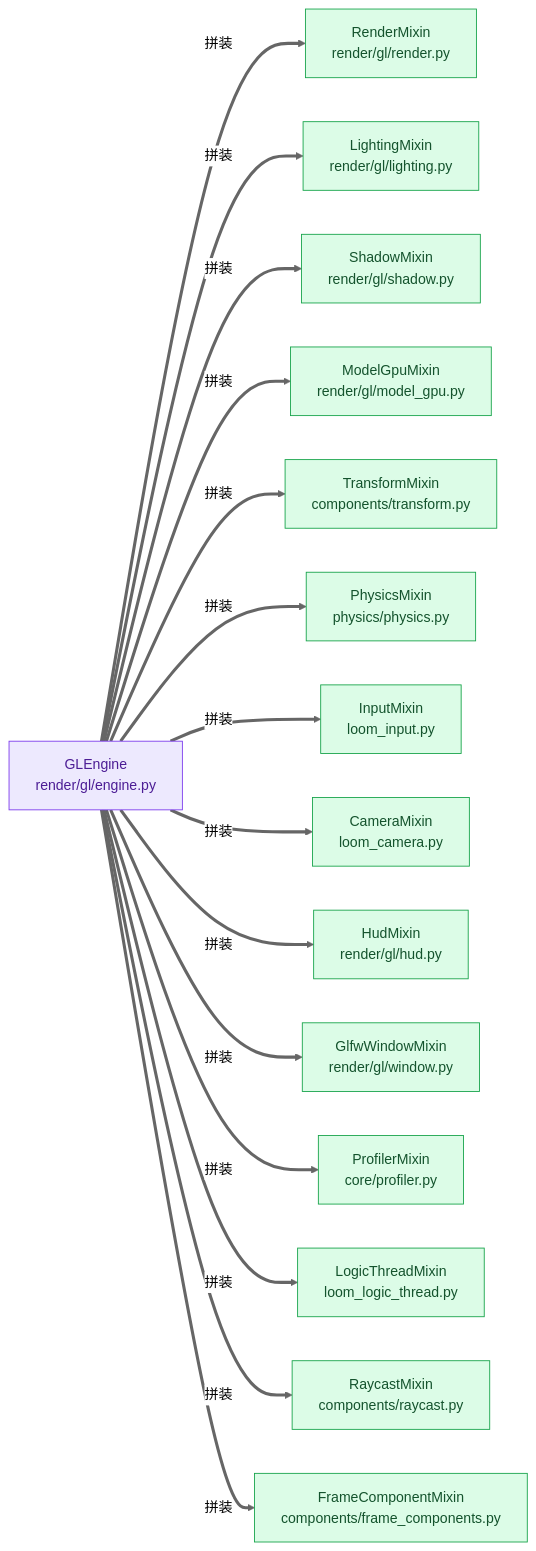
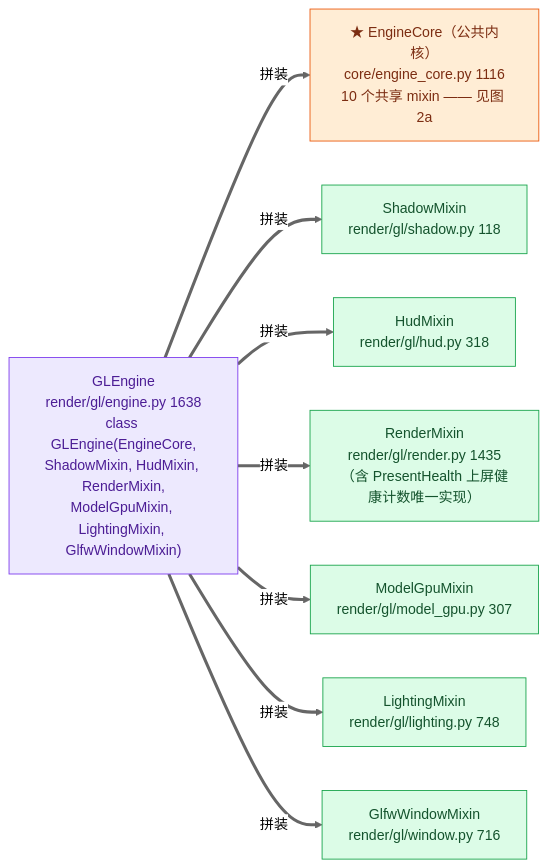
One commit to lhy302/WeaveEngine changed the second of 23 diagrams in ARCHITECTURE.md. Above: the diagram before and after it, drawn with Mermaid (neutral theme). The commit also changed other lines of this file, not shown here.

First line of the commit message:
docs: 架构图 v4 —— 按 HEAD d156cee 真实状态统一重画 23 张 Mermaid 图

````diff
--- a/ARCHITECTURE.md
+++ b/ARCHITECTURE.md
@@ -163,20 +155,21 @@
 ```mermaid
 flowchart LR
-  G["GLEngine<br/>render/gl/engine.py"]:::facade
-  G ==>|拼装| M1["RenderMixin<br/>render/gl/render.py"]:::impl
-  G ==>|拼装| M2["LightingMixin<br/>render/gl/lighting.py"]:::impl
-  G ==>|拼装| M3["ShadowMixin<br/>render/gl/shadow.py"]:::impl
-  G ==>|拼装| M4["ModelGpuMixin<br/>render/gl/model_gpu.py"]:::impl
-  G ==>|拼装| M5["TransformMixin<br/>components/transform.py"]:::impl
-  G ==>|拼装| M6["PhysicsMixin<br/>physics/physics.py"]:::impl
-  G ==>|拼装| M7["InputMixin<br/>loom_input.py"]:::impl
-  G ==>|拼装| M8["CameraMixin<br/>loom_camera.py"]:::impl
-  G ==>|拼装| M9["HudMixin<br/>render/gl/hud.py"]:::impl
-  G ==>|拼装| M10["GlfwWindowMixin<br/>render/gl/window.py"]:::impl
-  G ==>|拼装| M11["ProfilerMixin<br/>core/profiler.py"]:::impl
-  G ==>|拼装| M12["LogicThreadMixin<br/>loom_logic_thread.py"]:::impl
-  G ==>|拼装| M13["RaycastMixin<br/>components/raycast.py"]:::impl
-  G ==>|拼装| M14["FrameComponentMixin<br/>components/frame_components.py"]:::impl
+  G["GLEngine<br/>render/gl/engine.py 1638<br/>class GLEngine(EngineCore,<br/>ShadowMixin, HudMixin, RenderMixin,<br/>ModelGpuMixin, LightingMixin, GlfwWindowMixin)"]:::facade
+  K["★ EngineCore（公共内核）<br/>core/engine_core.py 1116<br/>10 个共享 mixin —— 见图 2a"]:::contract
+  M1["ShadowMixin<br/>render/gl/shadow.py 118"]:::impl
+  M2["HudMixin<br/>render/gl/hud.py 318"]:::impl
+  M3["RenderMixin<br/>render/gl/render.py 1435<br/>（含 PresentHealth 上屏健康计数唯一实现）"]:::impl
+  M4["ModelGpuMixin<br/>render/gl/model_gpu.py 307"]:::impl
+  M5["LightingMixin<br/>render/gl/lighting.py 748"]:::impl
+  M6["GlfwWindowMixin<br/>render/gl/window.py 716"]:::impl
+  G ==>|拼装| K
+  G ==>|拼装| M1
+  G ==>|拼装| M2
+  G ==>|拼装| M3
+  G ==>|拼装| M4
+  G ==>|拼装| M5
+  G ==>|拼装| M6
   classDef facade fill:#ede9fe,stroke:#7c3aed,color:#4c1d95
   classDef impl fill:#dcfce7,stroke:#16a34a,color:#14532d
+  classDef contract fill:#ffedd5,stroke:#ea580c,color:#7c2d12
 ```
````
